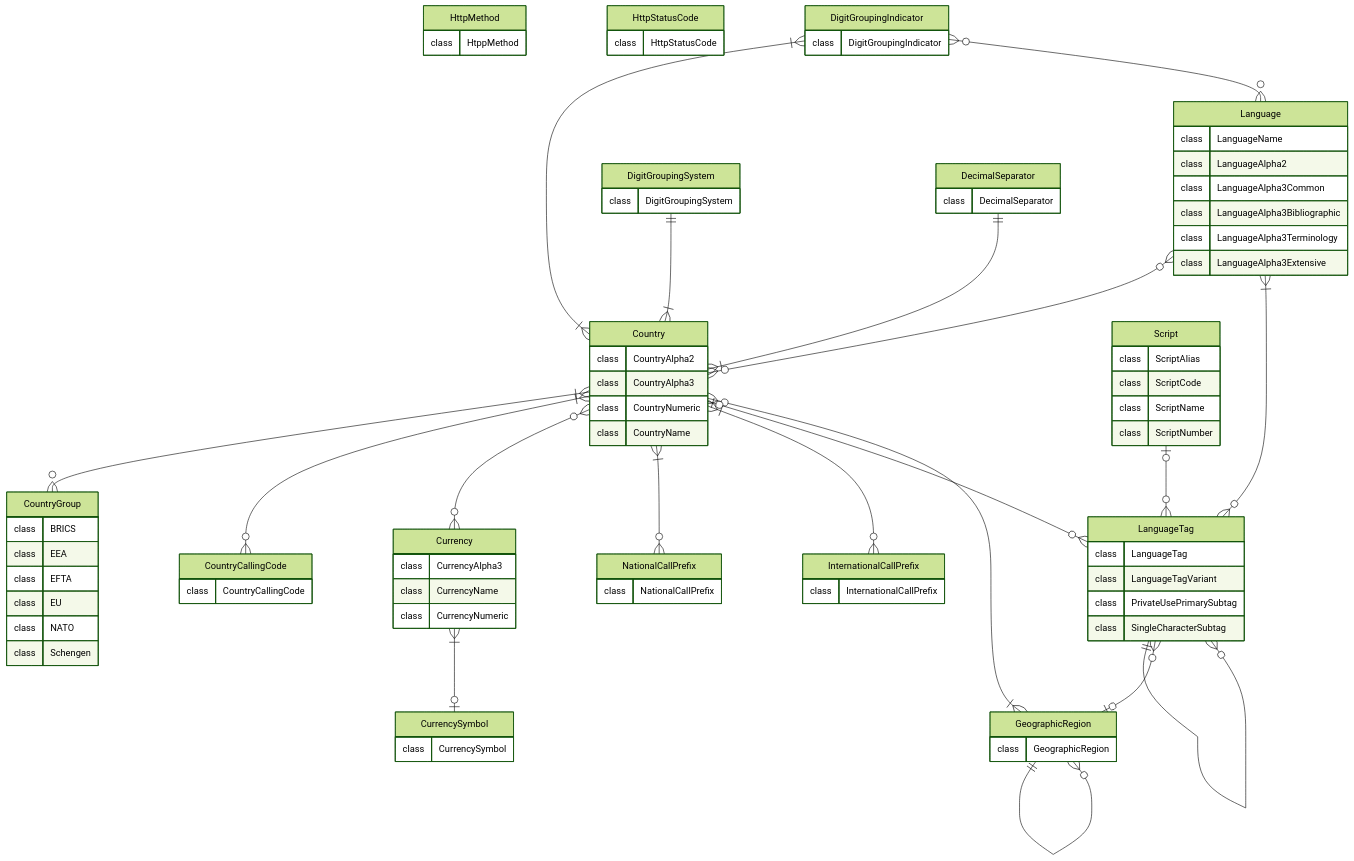
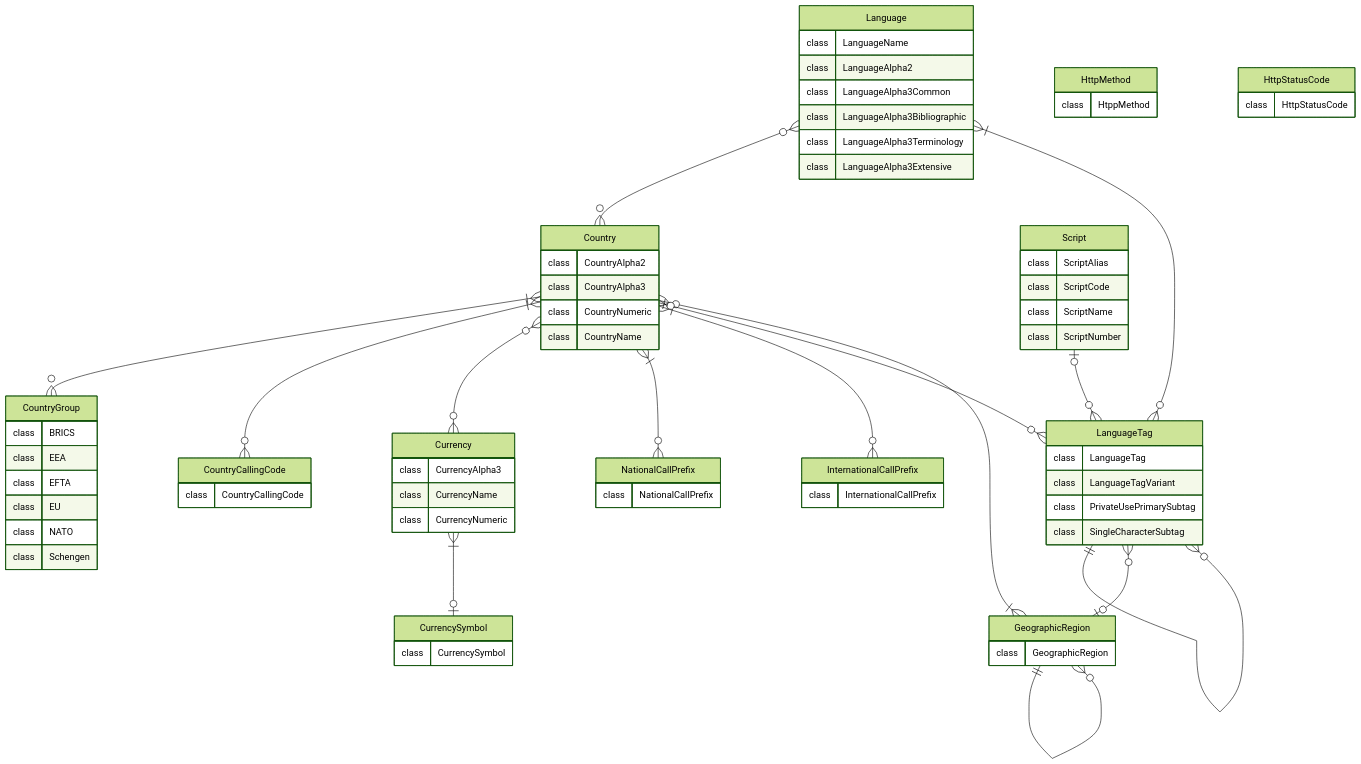
The first of 3 diagrams in README.md (PrinsFrank/standards), drawn with Mermaid (forest theme) before and after one commit. The commit also changed other lines of this file and 16 other files, not shown here.

```diff
--- a/README.md
+++ b/README.md
@@ -100,20 +100,7 @@
     HttpStatusCode {
         class HttpStatusCode
     }
-    DigitGroupingSystem {
-        class DigitGroupingSystem
-    }
-    DecimalSeparator {
-        class DecimalSeparator
-    }
-    DigitGroupingIndicator {
-        class DigitGroupingIndicator
-    }
 
-    DigitGroupingSystem ||--|{ Country: ""
-    DecimalSeparator ||--|{ Country: ""
-    DigitGroupingIndicator }|--|{ Country: ""
-    DigitGroupingIndicator }o--o{ Language: ""
     GeographicRegion }|--o{ Country: ""
     GeographicRegion ||--o{ GeographicRegion: ""
     Language }o--o{ Country: ""
```
